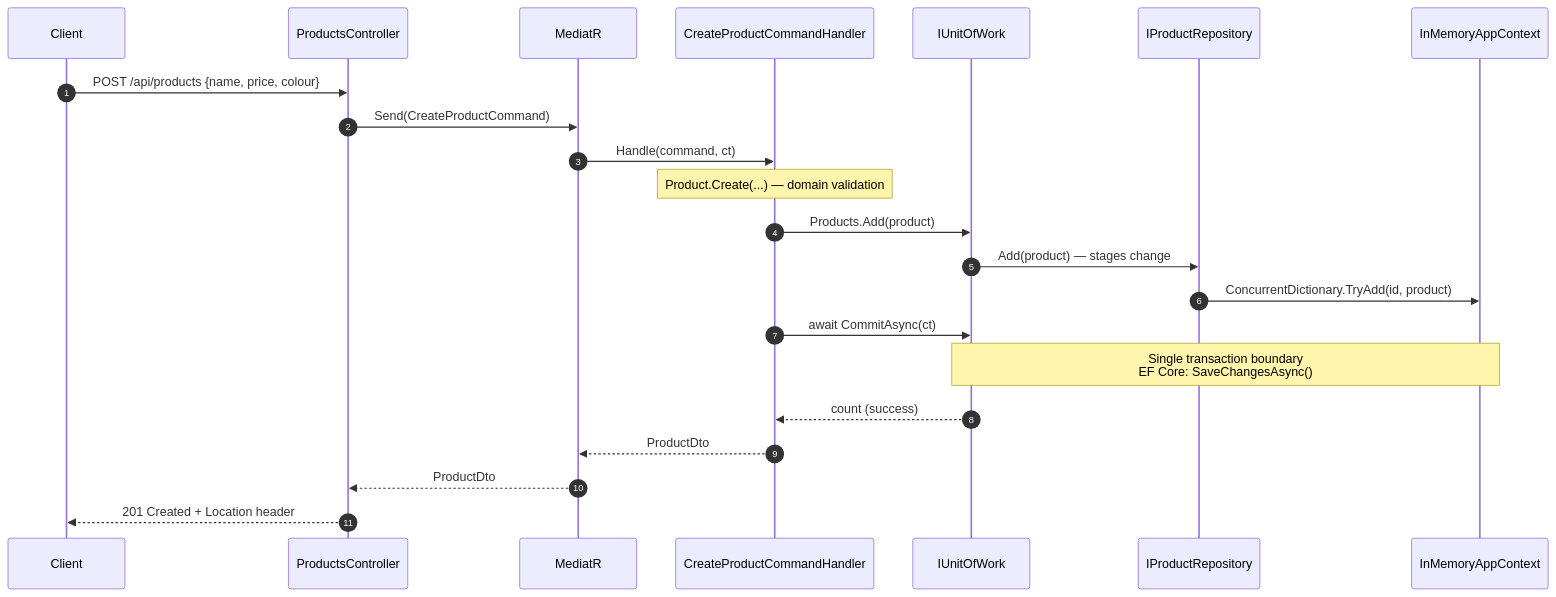
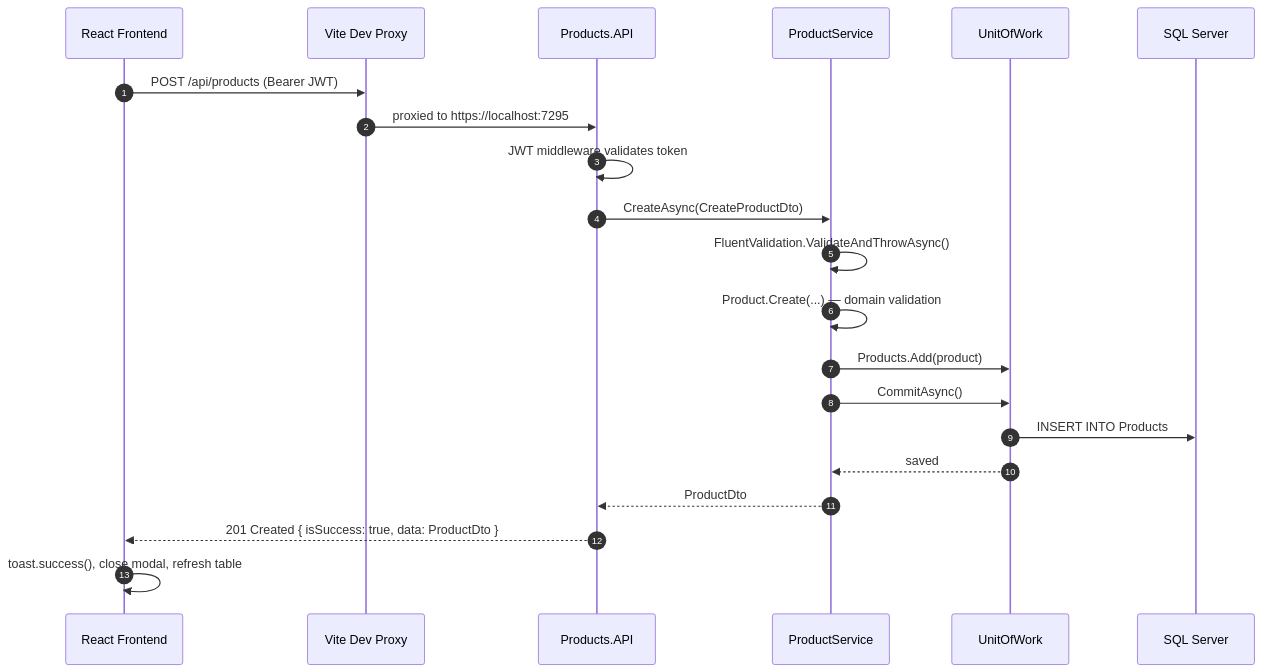
One commit to victorFaust/ProductAPI changed the third of 3 diagrams in ARCHITECTURE.md. Above: the diagram before and after it, drawn with Mermaid. The commit also changed other lines of this file, not shown here.

Commit message:
docs: rewrite ARCHITECTURE.md to reflect current service pattern, EF Core, JWT, and React frontend

````diff
--- a/ARCHITECTURE.md
+++ b/ARCHITECTURE.md
@@ -41,28 +207,24 @@
 ```mermaid
 sequenceDiagram
     autonumber
-    participant Client
-    participant Controller as ProductsController
-    participant MediatR
-    participant Handler as CreateProductCommandHandler
-    participant UoW as IUnitOfWork
-    participant Repo as IProductRepository
-    participant Store as InMemoryAppContext
+    participant Browser as React Frontend
+    participant Vite as Vite Dev Proxy
+    participant API as Products.API
+    participant Service as ProductService
+    participant UoW as UnitOfWork
+    participant DB as SQL Server
 
-    Client->>Controller: POST /api/products {name, price, colour}
-    Controller->>MediatR: Send(CreateProductCommand)
-    MediatR->>Handler: Handle(command, ct)
-
-    Note over Handler: Product.Create(...) — domain validation
-    Handler->>UoW: Products.Add(product)
-    UoW->>Repo: Add(product) — stages change
-    Repo->>Store: ConcurrentDictionary.TryAdd(id, product)
-
-    Handler->>UoW: await CommitAsync(ct)
-    Note over UoW,Store: Single transaction boundary<br/>EF Core: SaveChangesAsync()
-    UoW-->>Handler: count (success)
-
-    Handler-->>MediatR: ProductDto
-    MediatR-->>Controller: ProductDto
-    Controller-->>Client: 201 Created + Location header
+    Browser->>Vite: POST /api/products (Bearer JWT)
+    Vite->>API: proxied to https://localhost:7295
+    API->>API: JWT middleware validates token
+    API->>Service: CreateAsync(CreateProductDto)
+    Service->>Service: FluentValidation.ValidateAndThrowAsync()
+    Service->>Service: Product.Create(...) — domain validation
+    Service->>UoW: Products.Add(product)
+    Service->>UoW: CommitAsync()
+    UoW->>DB: INSERT INTO Products
+    UoW-->>Service: saved
+    Service-->>API: ProductDto
+    API-->>Browser: 201 Created { isSuccess: true, data: ProductDto }
+    Browser->>Browser: toast.success(), close modal, refresh table
 ```
````
